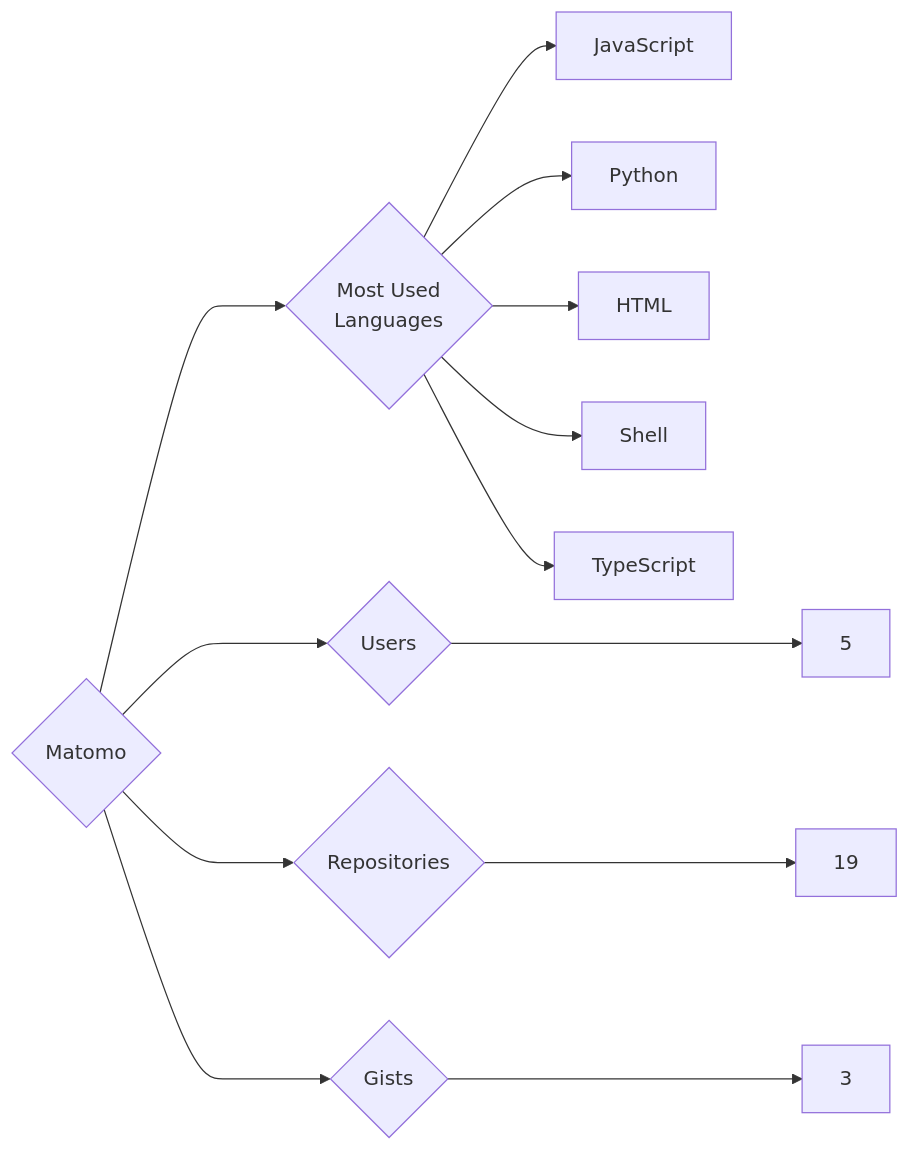
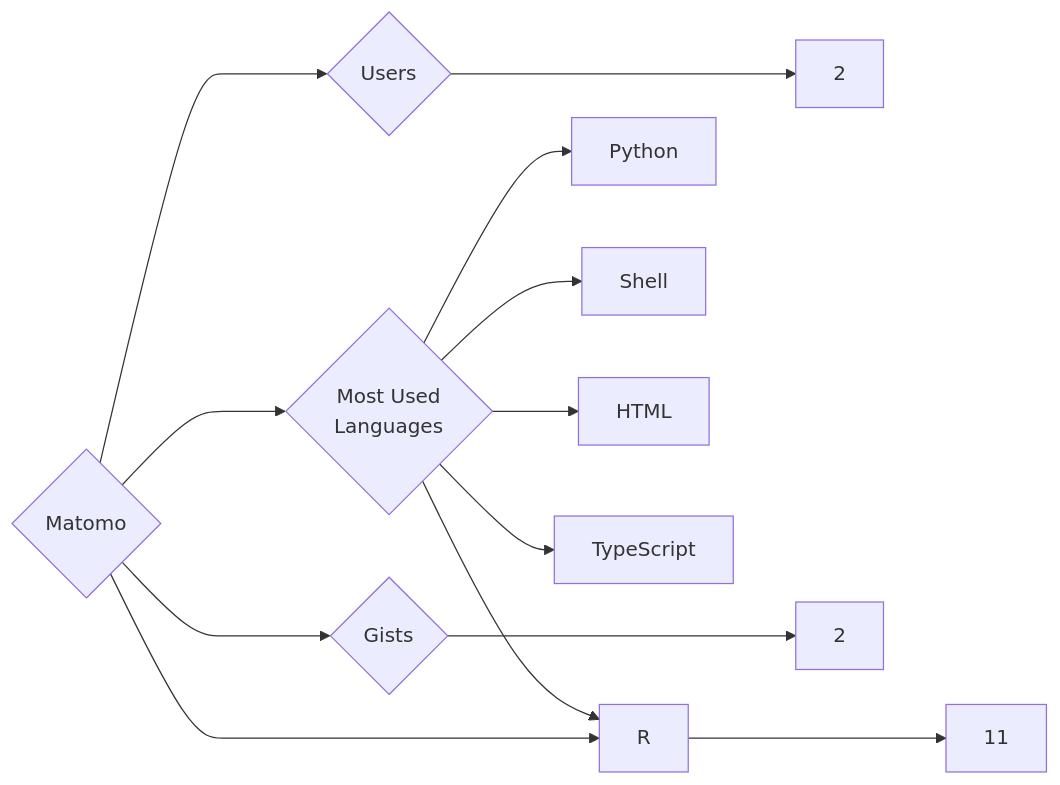
One commit to trickest/insiders changed the diagram in targets/Matomo/README.md. Above: the diagram before and after it, drawn with Mermaid. The commit also changed 895 other files, not shown here.

````diff
--- a/targets/Matomo/README.md
+++ b/targets/Matomo/README.md
@@ -3,13 +3,13 @@
 ```mermaid
 graph LR
 COMPANY_NAME{Matomo}
-COMPANY_NAME ---> U{Users} ---> UN[5]
-COMPANY_NAME ---> R{Repositories} ---> RN[19]
-COMPANY_NAME ---> G{Gists} ---> GN[3]
+COMPANY_NAME ---> U{Users} ---> UN[2]
+COMPANY_NAME ---> R{Repositories} ---> RN[11]
+COMPANY_NAME ---> G{Gists} ---> GN[2]
 COMPANY_NAME ---> ML{Most Used<br>Languages}
-ML --> JavaScript[JavaScript]
 ML --> Python[Python]
+ML --> Shell[Shell]
 ML --> HTML[HTML]
-ML --> Shell[Shell]
 ML --> TypeScript[TypeScript]
+ML --> R[R]
 ```
````
